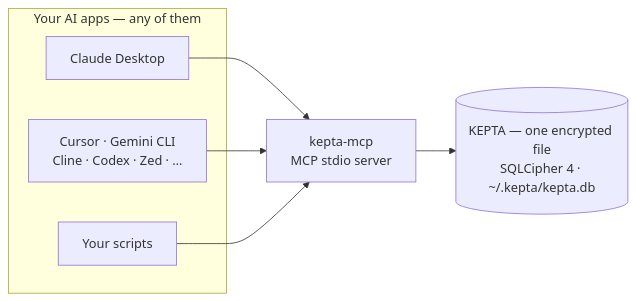
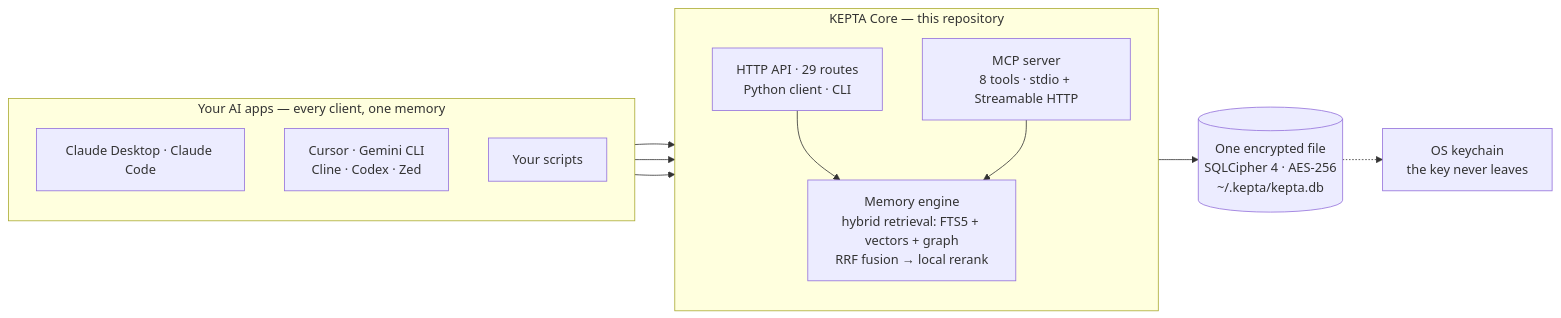
The first of 3 diagrams in README.md (DamianTodorovic/kepta), drawn with Mermaid before and after one commit. The commit also changed other lines of this file and 1 other file, not shown here.

Commit message:
docs: drei informative Diagramme — Architektur (MCP/HTTP/Engine/Vault), Search-Pipeline (RRF→Boosts→Rerank), Stufen-Fluss; App-Sektion heißt KEPTA Core

````diff
--- a/README.md
+++ b/README.md
@@ -14,11 +14,24 @@
 ```mermaid
 flowchart LR
-  subgraph Apps["Your AI apps — any of them"]
-    A["Claude Desktop"]
-    B["Cursor · Gemini CLI<br/>Cline · Codex · Zed · …"]
+  subgraph Apps["Your AI apps — every client, one memory"]
+    direction TB
+    A["Claude Desktop · Claude Code"]
+    B["Cursor · Gemini CLI<br/>Cline · Codex · Zed"]
     C["Your scripts"]
   end
-  K["keptа-mcp<br/>MCP stdio server"]
-  E[("KEPTA — one encrypted file<br/>SQLCipher 4 · ~/.kepta/kepta.db")]
-  A & B & C --> K --> E
+  subgraph KEPTA["KEPTA Core — this repository"]
+    direction TB
+    M["MCP server<br/>8 tools · stdio + Streamable HTTP"]
+    G["HTTP API · 29 routes<br/>Python client · CLI"]
+    E["Memory engine<br/>hybrid retrieval: FTS5 + vectors + graph<br/>RRF fusion → local rerank"]
+  end
+  D[("One encrypted file<br/>SQLCipher 4 · AES-256<br/>~/.kepta/kepta.db")]
+  K["OS keychain<br/>the key never leaves"]
+  A --> M
+  B --> M
+  C --> G
+  G --> E
+  M --> E
+  E --> D
+  D -.-> K
 ```
````
